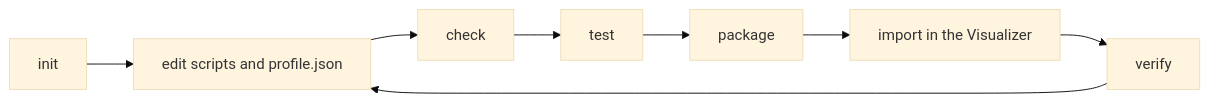
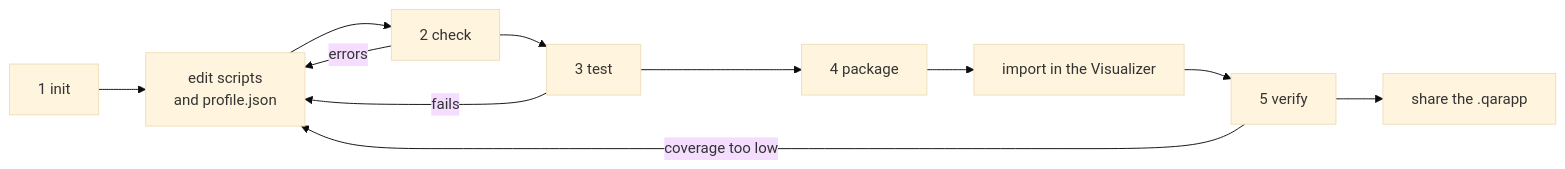
The diagram in docs/website/docs/developer-guide/web-app-adaptations/quick-start.md (Quaternar/qaros), drawn with Mermaid (base theme) before and after one commit. The commit also changed other lines of this file and 10 other files, not shown here.

First line of the commit message:
docs(adaptation-kit): develop with AI agents, contribute an adaptation, diagrams

````diff
--- a/docs/website/docs/developer-guide/web-app-adaptations/quick-start.md
+++ b/docs/website/docs/developer-guide/web-app-adaptations/quick-start.md
@@ -22,10 +24,13 @@
 ```mermaid
 flowchart LR
-    I[init] --> E[edit scripts and profile.json]
-    E --> C[check]
-    C --> T[test]
-    T --> P[package]
-    P --> M[import in the Visualizer]
-    M --> V[verify]
-    V --> E
+    I["1 init"] --> E["edit scripts<br/>and profile.json"]
+    E --> C["2 check"]
+    C -- "errors" --> E
+    C --> T["3 test"]
+    T -- "fails" --> E
+    T --> P["4 package"]
+    P --> M["import in the Visualizer"]
+    M --> V["5 verify"]
+    V -- "coverage too low" --> E
+    V --> D["share the .qarapp"]
 ```
````
